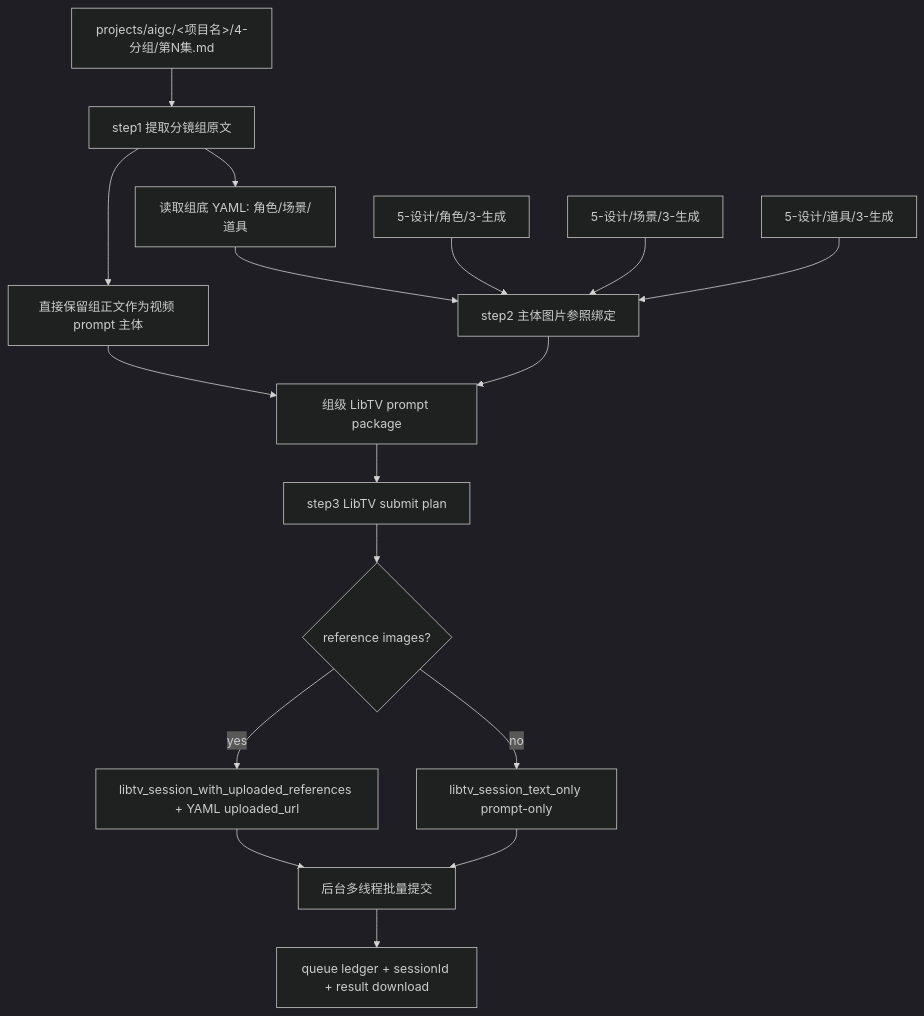
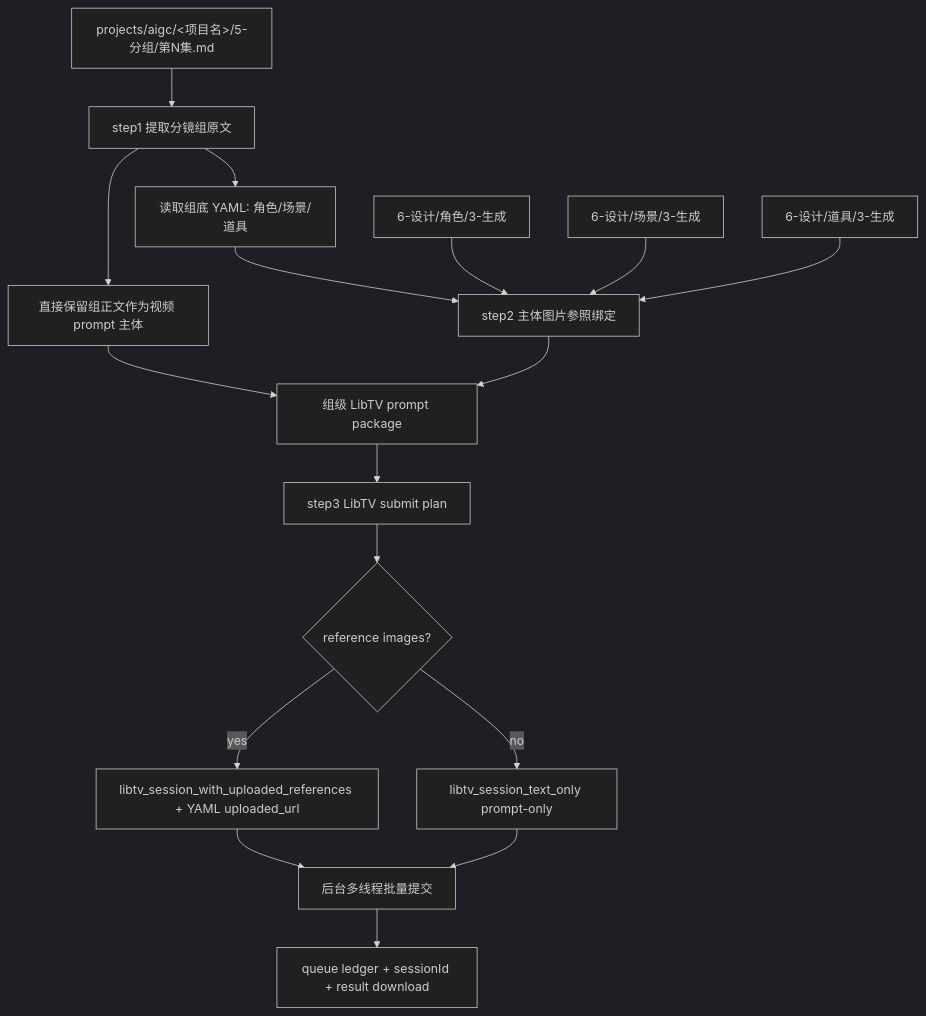
The first of 2 diagrams in .agents/skills/aigc/backup/C-主体参照/SKILL.md (ZEN-VOID/AI-CUT), drawn with Mermaid (dark theme) before and after one commit. The commit also changed other lines of this file and 1070 other files, not shown here.

````diff
--- a/.agents/skills/aigc/backup/C-主体参照/SKILL.md
+++ b/.agents/skills/aigc/backup/C-主体参照/SKILL.md
@@ -136,19 +136,19 @@
 ```mermaid
 flowchart TD
-    A["projects/aigc/<项目名>/4-分组/第N集.md"] --> B["step1 提取分镜组原文"]
+    A["projects/aigc/<项目名>/5-分组/第N集.md"] --> B["step1 提取分镜组原文"]
     B --> C["直接保留组正文作为视频 prompt 主体"]
     B --> D["读取组底 YAML: 角色/场景/道具"]
     D --> E["step2 主体图片参照绑定"]
-    F["5-设计/角色/3-生成"] --> E
-    G["5-设计/场景/3-生成"] --> E
-    H["5-设计/道具/3-生成"] --> E
+    F["6-设计/角色/3-生成"] --> E
+    G["6-设计/场景/3-生成"] --> E
+    H["6-设计/道具/3-生成"] --> E
     C --> I["组级 LibTV prompt package"]
     E --> I
     I --> J["step3 LibTV submit plan"]
     J --> K{"reference images?"}
     K -->|"yes"| L["libtv_session_with_uploaded_references + YAML uploaded_url"]
     K -->|"no"| M["libtv_session_text_only prompt-only"]
     L --> N["后台多线程批量提交"]
     M --> N
     N --> O["queue ledger + sessionId + result download"]
 ```
````
